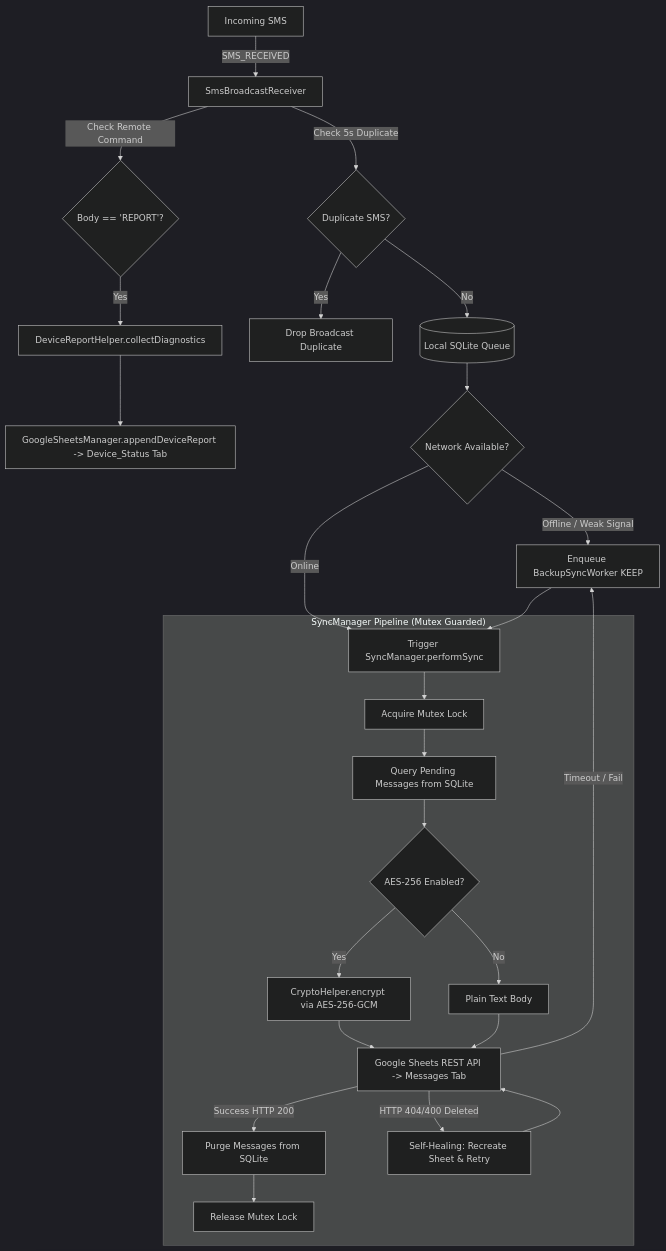
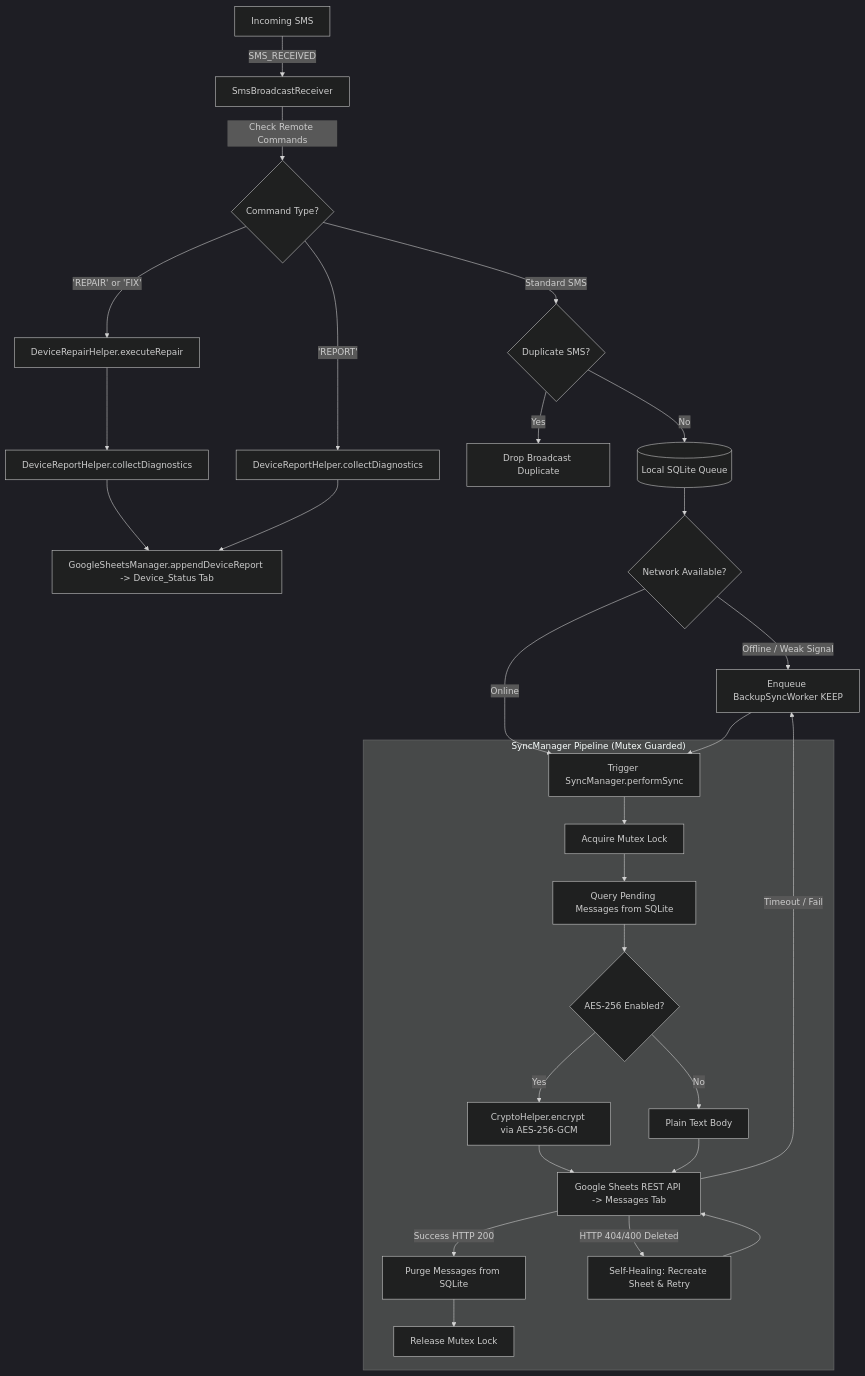
One commit to shivam1162/SMS_Forwarder changed the diagram in AGENTS.md. Above: the diagram before and after it, drawn with Mermaid (dark theme). The commit also changed other lines of this file and 4 other files, not shown here.

Commit message:
Add auto-repair and remote SMS REPAIR feature for phone settings recovery

````diff
--- a/AGENTS.md
+++ b/AGENTS.md
@@ -31,33 +33,38 @@
 ```mermaid
 flowchart TD
     SMS[Incoming SMS] -->|SMS_RECEIVED| BR[SmsBroadcastReceiver]
-    BR -->|Check Remote Command| RepCheck{Body == 'REPORT'?}
-    RepCheck -->|Yes| Diag[DeviceReportHelper.collectDiagnostics]
-    Diag --> RepUpload[GoogleSheetsManager.appendDeviceReport -> Device_Status Tab]
     
-    BR -->|Check 5s Duplicate| DupCheck{Duplicate SMS?}
+    BR -->|Check Remote Commands| CmdCheck{Command Type?}
+    CmdCheck -->|'REPAIR' or 'FIX'| Repair[DeviceRepairHelper.executeRepair]
+    Repair --> DiagUpdate[DeviceReportHelper.collectDiagnostics]
+    DiagUpdate --> RepUpload[GoogleSheetsManager.appendDeviceReport -> Device_Status Tab]
+    
+    CmdCheck -->|'REPORT'| Diag[DeviceReportHelper.collectDiagnostics]
+    Diag --> RepUpload
+    
+    CmdCheck -->|Standard SMS| DupCheck{Duplicate SMS?}
     DupCheck -->|Yes| Drop[Drop Broadcast Duplicate]
     DupCheck -->|No| DB[(Local SQLite Queue)]
     
     DB --> NetCheck{Network Available?}
     NetCheck -->|Offline / Weak Signal| WM[Enqueue BackupSyncWorker KEEP]
     NetCheck -->|Online| SyncReq[Trigger SyncManager.performSync]
     
     WM --> SyncReq
     
     subgraph Pipeline ["SyncManager Pipeline (Mutex Guarded)"]
         SyncReq --> Mutex[Acquire Mutex Lock]
         Mutex --> FetchPending[Query Pending Messages from SQLite]
         FetchPending --> EncCheck{AES-256 Enabled?}
         EncCheck -->|Yes| Crypto[CryptoHelper.encrypt via AES-256-GCM]
         EncCheck -->|No| Plain[Plain Text Body]
         Crypto --> Sheets[Google Sheets REST API -> Messages Tab]
         Plain --> Sheets
         Sheets -->|Success HTTP 200| Purge[Purge Messages from SQLite]
         Sheets -->|HTTP 404/400 Deleted| SelfHeal[Self-Healing: Recreate Sheet & Retry]
         SelfHeal --> Sheets
         Purge --> Release[Release Mutex Lock]
     end
     
     Sheets -->|Timeout / Fail| WM
 ```
````
